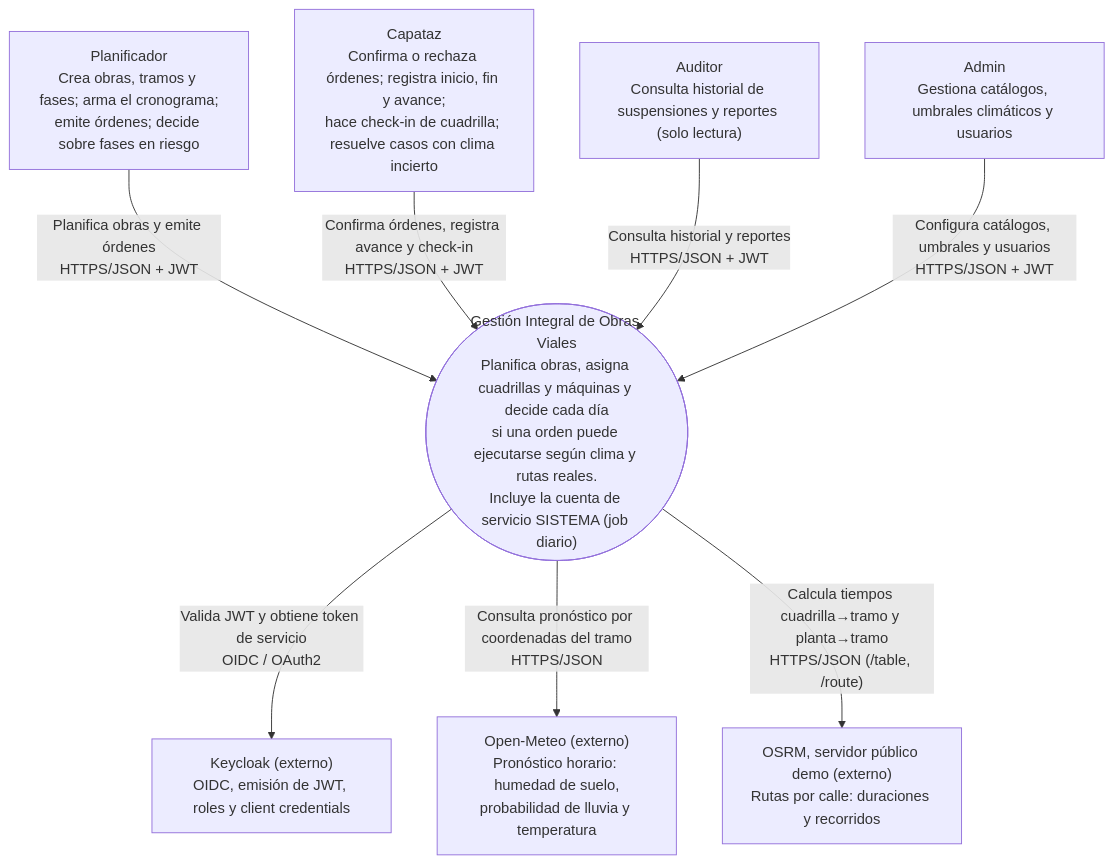
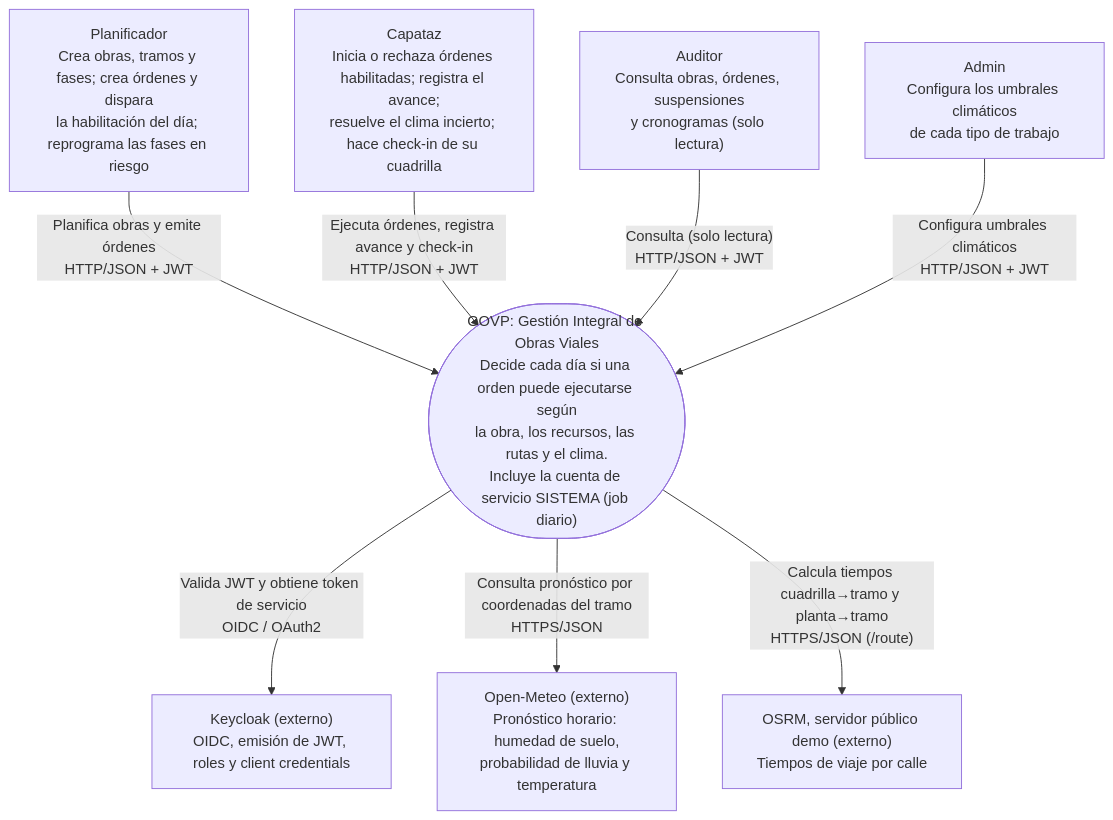
Before and after one commit to nietofede/tp_obrasViales: the first of 6 diagrams in docs/guia-del-proyecto.md, drawn with Mermaid. The commit also changed other lines of this file, not shown here.

````diff
--- a/docs/guia-del-proyecto.md
+++ b/docs/guia-del-proyecto.md
@@ -113,22 +113,22 @@
 ```mermaid
 flowchart TB
-    planificador["Planificador<br/>Crea obras, tramos y fases; arma el cronograma;<br/>emite órdenes; decide sobre fases en riesgo"]
-    capataz["Capataz<br/>Confirma o rechaza órdenes; registra inicio, fin y avance;<br/>hace check-in de cuadrilla; resuelve casos con clima incierto"]
-    auditor["Auditor<br/>Consulta historial de suspensiones y reportes (solo lectura)"]
-    admin["Admin<br/>Gestiona catálogos, umbrales climáticos y usuarios"]
+    planificador["Planificador<br/>Crea obras, tramos y fases; crea órdenes y dispara<br/>la habilitación del día; reprograma las fases en riesgo"]
+    capataz["Capataz<br/>Inicia o rechaza órdenes habilitadas; registra el avance;<br/>resuelve el clima incierto; hace check-in de su cuadrilla"]
+    auditor["Auditor<br/>Consulta obras, órdenes, suspensiones<br/>y cronogramas (solo lectura)"]
+    admin["Admin<br/>Configura los umbrales climáticos<br/>de cada tipo de trabajo"]
 
-    obras(["Gestión Integral de Obras Viales<br/>Planifica obras, asigna cuadrillas y máquinas y decide cada día<br/>si una orden puede ejecutarse según clima y rutas reales.<br/>Incluye la cuenta de servicio SISTEMA (job diario)"])
+    obras(["GOVP: Gestión Integral de Obras Viales<br/>Decide cada día si una orden puede ejecutarse según<br/>la obra, los recursos, las rutas y el clima.<br/>Incluye la cuenta de servicio SISTEMA (job diario)"])
 
     keycloak["Keycloak (externo)<br/>OIDC, emisión de JWT, roles y client credentials"]
     meteo["Open-Meteo (externo)<br/>Pronóstico horario: humedad de suelo,<br/>probabilidad de lluvia y temperatura"]
-    osrm["OSRM, servidor público demo (externo)<br/>Rutas por calle: duraciones y recorridos"]
+    osrm["OSRM, servidor público demo (externo)<br/>Tiempos de viaje por calle"]
 
-    planificador -->|"Planifica obras y emite órdenes<br/>HTTPS/JSON + JWT"| obras
-    capataz -->|"Confirma órdenes, registra avance y check-in<br/>HTTPS/JSON + JWT"| obras
-    auditor -->|"Consulta historial y reportes<br/>HTTPS/JSON + JWT"| obras
-    admin -->|"Configura catálogos, umbrales y usuarios<br/>HTTPS/JSON + JWT"| obras
+    planificador -->|"Planifica obras y emite órdenes<br/>HTTP/JSON + JWT"| obras
+    capataz -->|"Ejecuta órdenes, registra avance y check-in<br/>HTTP/JSON + JWT"| obras
+    auditor -->|"Consulta (solo lectura)<br/>HTTP/JSON + JWT"| obras
+    admin -->|"Configura umbrales climáticos<br/>HTTP/JSON + JWT"| obras
 
     obras -->|"Valida JWT y obtiene token de servicio<br/>OIDC / OAuth2"| keycloak
     obras -->|"Consulta pronóstico por coordenadas del tramo<br/>HTTPS/JSON"| meteo
-    obras -->|"Calcula tiempos cuadrilla→tramo y planta→tramo<br/>HTTPS/JSON (/table, /route)"| osrm
+    obras -->|"Calcula tiempos cuadrilla→tramo y planta→tramo<br/>HTTPS/JSON (/route)"| osrm
 ```
````
